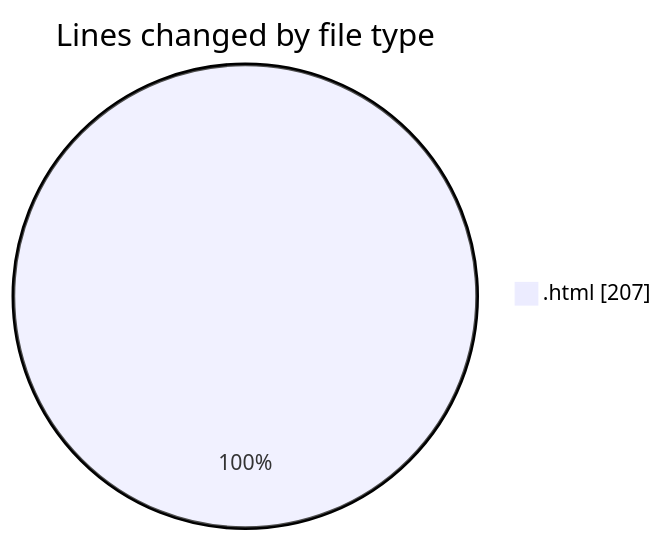
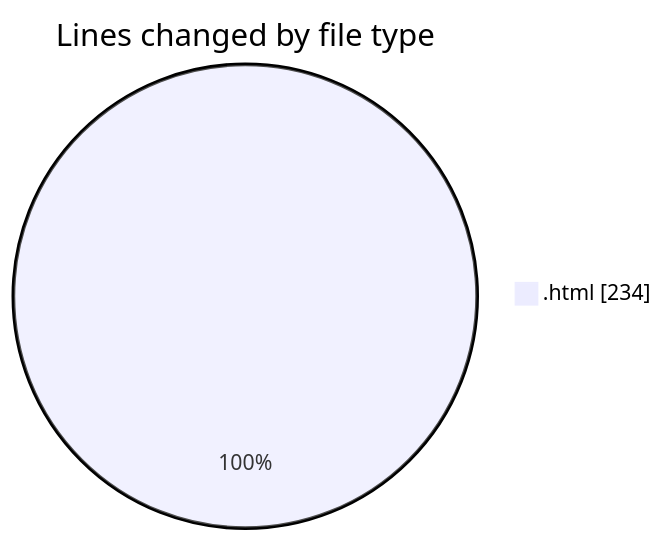
Before and after one commit to LanceThiago/code-tracking: the first of 2 diagrams in 2025-01-13/nueva_carpeta/README.md, drawn with Mermaid. The commit also changed other lines of this file and 1 other file, not shown here.

````diff
--- a/2025-01-13/nueva_carpeta/README.md
+++ b/2025-01-13/nueva_carpeta/README.md
@@ -20,5 +20,5 @@
 ```mermaid
 pie showData
 title Lines changed by file type
-".html" : 207
+".html" : 234
 ```
````
